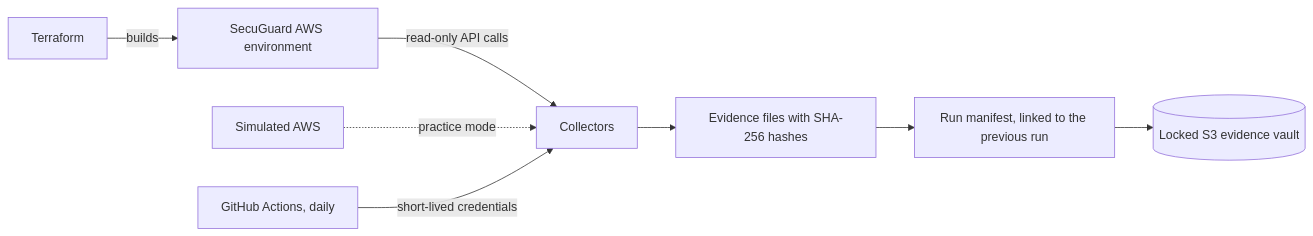
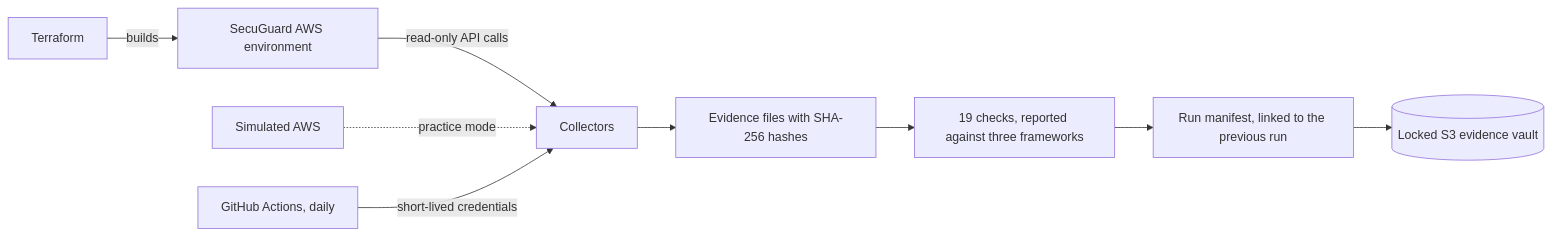
One commit to andrewcampion0473/secuguard-grc-engineering changed the diagram in README.md. Above: the diagram before and after it, drawn with Mermaid. The commit also changed other lines of this file and 38 other files, not shown here.

````diff
--- a/README.md
+++ b/README.md
@@ -25,10 +26,11 @@
 ```mermaid
 flowchart LR
     TF[Terraform] -->|builds| AWS[SecuGuard AWS environment]
     AWS -->|read-only API calls| COL[Collectors]
     MOCK[Simulated AWS] -.->|practice mode| COL
     COL --> EV[Evidence files with SHA-256 hashes]
-    EV --> MAN[Run manifest, linked to the previous run]
+    EV --> CHK[19 checks, reported against three frameworks]
+    CHK --> MAN[Run manifest, linked to the previous run]
     MAN --> S3[(Locked S3 evidence vault)]
     GH[GitHub Actions, daily] -->|short-lived credentials| COL
 ```
````
